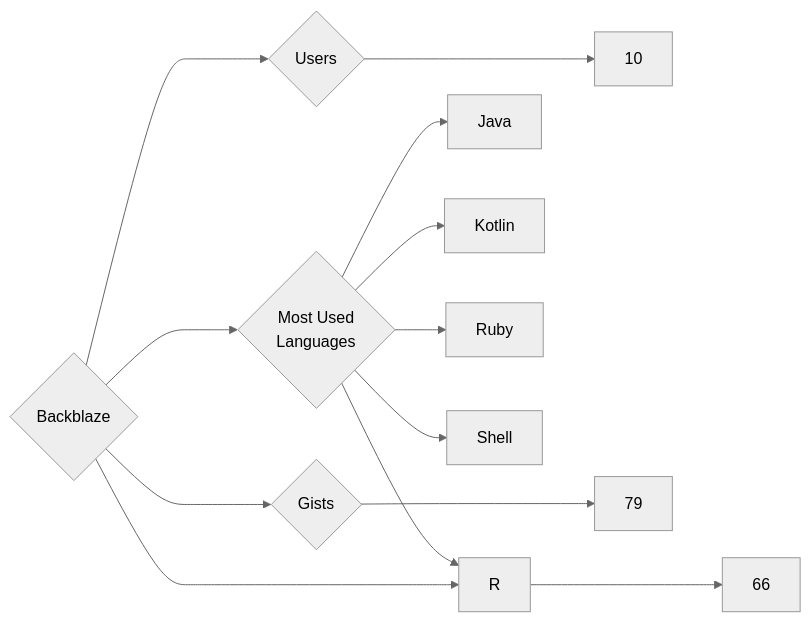
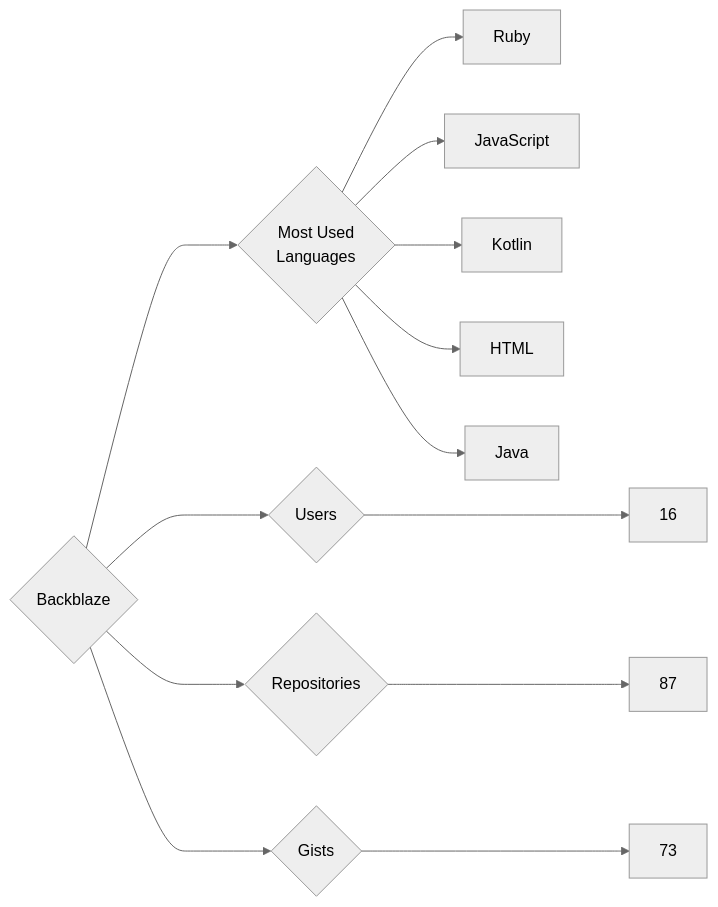
Before and after one commit to trickest/insiders: the diagram in targets/Backblaze/README.md, drawn with Mermaid (neutral theme). The commit also changed 872 other files, not shown here.

````diff
--- a/targets/Backblaze/README.md
+++ b/targets/Backblaze/README.md
@@ -3,13 +3,13 @@
 ```mermaid
 graph LR
 COMPANY_NAME{Backblaze}
-COMPANY_NAME ---> U{Users} ---> UN[10]
-COMPANY_NAME ---> R{Repositories} ---> RN[66]
-COMPANY_NAME ---> G{Gists} ---> GN[79]
+COMPANY_NAME ---> U{Users} ---> UN[16]
+COMPANY_NAME ---> R{Repositories} ---> RN[87]
+COMPANY_NAME ---> G{Gists} ---> GN[73]
 COMPANY_NAME ---> ML{Most Used<br>Languages}
+ML --> Ruby[Ruby]
+ML --> JavaScript[JavaScript]
+ML --> Kotlin[Kotlin]
+ML --> HTML[HTML]
 ML --> Java[Java]
-ML --> Kotlin[Kotlin]
-ML --> Ruby[Ruby]
-ML --> Shell[Shell]
-ML --> R[R]
 ```
````
